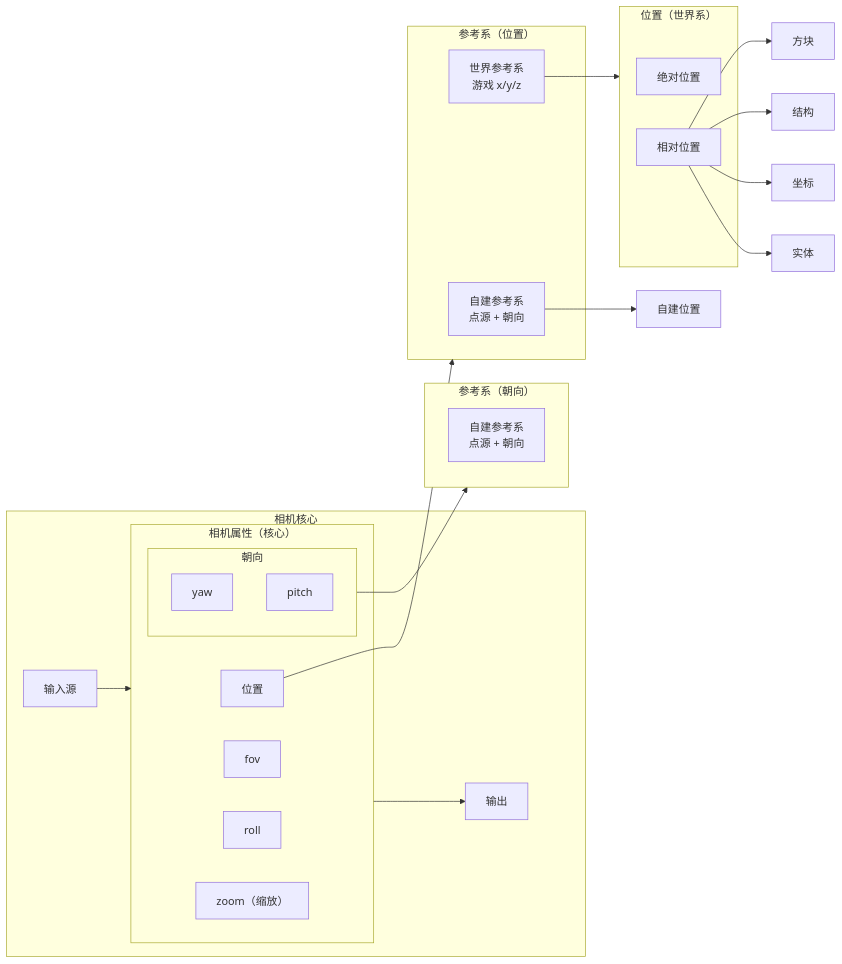
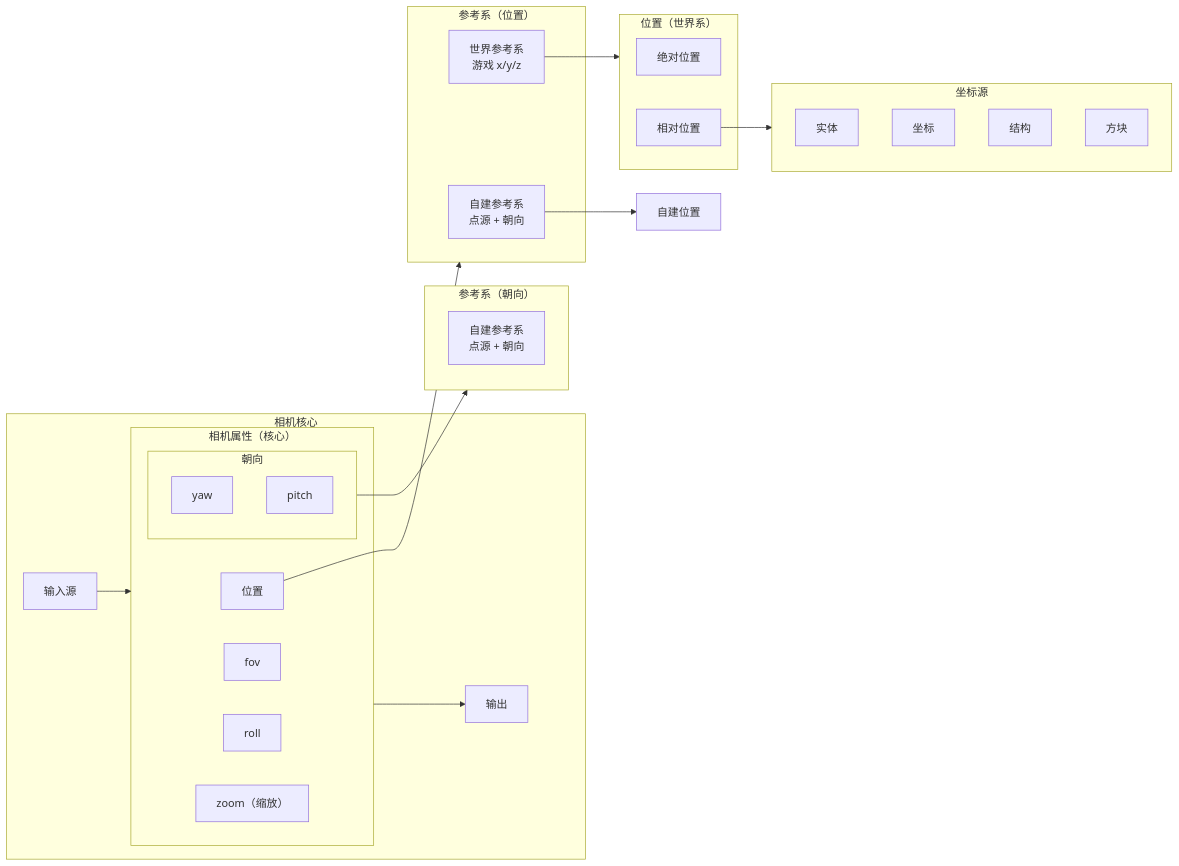
One commit to SanZiNEO/ImmersiveCinematics changed the diagram in plans/0.3.6/mod-architecture.md. Above: the diagram before and after it, drawn with Mermaid.

Commit message:
docs(plans): 架构图：相对位置四个来源包成坐标源盒

````diff
--- a/plans/0.3.6/mod-architecture.md
+++ b/plans/0.3.6/mod-architecture.md
@@ -1,38 +1,41 @@
 ```mermaid
 flowchart LR
     subgraph CAM["相机核心"]
         SRC["输入源"]
         subgraph CORE["相机属性（核心）"]
             POS["位置"]
             subgraph ORI["朝向"]
                 Y["yaw"]
                 PI["pitch"]
             end
             FOV["fov"]
             R["roll"]
             Z["zoom（缩放）"]
         end
         DEST["输出"]
         SRC --> CORE
         CORE --> DEST
     end
     subgraph FP["参考系（位置）"]
         W["世界参考系<br/>游戏 x/y/z"]
         SELF["自建参考系<br/>点源 + 朝向"]
     end
     subgraph FO["参考系（朝向）"]
         SELF2["自建参考系<br/>点源 + 朝向"]
     end
     subgraph WPOS["位置（世界系）"]
         ABS["绝对位置"]
         REL["相对位置"]
     end
+    subgraph COORDSRC["坐标源"]
+        ENT["实体"]
+        COORD["坐标"]
+        STRUCT["结构"]
+        BLOCK["方块"]
+    end
     POS --> FP
     ORI --> FO
     W --> WPOS
     SELF --> SELFPOS["自建位置"]
-    REL --> ENT["实体"]
-    REL --> COORD["坐标"]
-    REL --> STRUCT["结构"]
-    REL --> BLOCK["方块"]
+    REL --> COORDSRC
 ```
````
